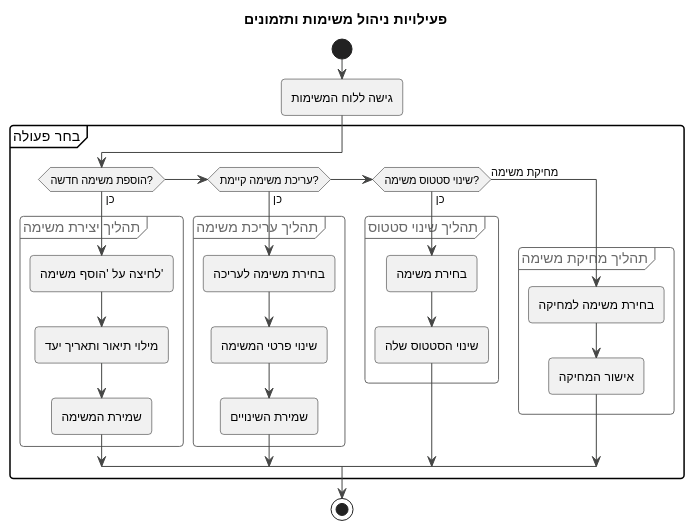
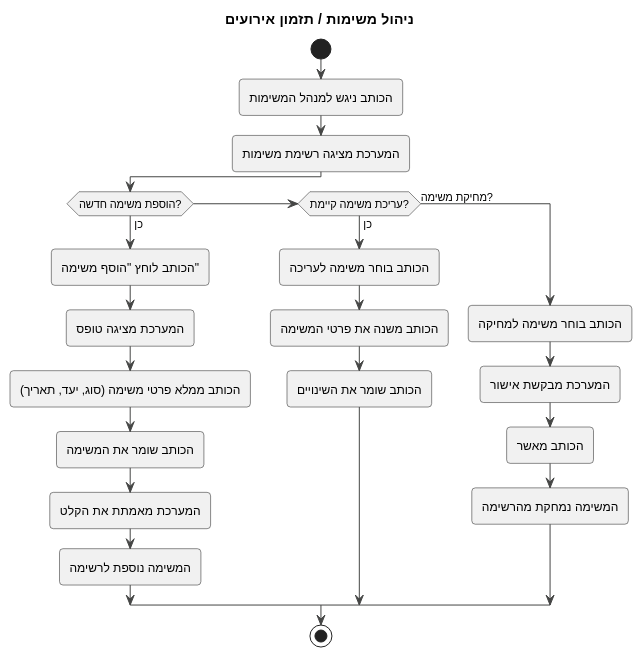
One commit to Arado3333/PageByPage_Israel_Arad changed the diagram in UML/Activity/Writer/WR-UC-05.puml. Above: the diagram before and after it, drawn with PlantUML. The commit also changed 9 other files, not shown here.

```diff
--- a/UML/Activity/Writer/WR-UC-05.puml
+++ b/UML/Activity/Writer/WR-UC-05.puml
@@ -1,40 +1,30 @@
 @startuml
 !theme vibrant
 
-title פעילויות ניהול משימות ותזמונים
+title "ניהול משימות / תזמון אירועים"
 
 start
-:גישה ללוח המשימות;
+:הכותב ניגש למנהל המשימות;
+:המערכת מציגה רשימת משימות;
 
-partition "בחר פעולה" {
-  if (הוספת משימה חדשה?) then (כן)
-    group "תהליך יצירת משימה"
-      :לחיצה על 'הוסף משימה';
-      :מילוי תיאור ותאריך יעד;
-      :שמירת המשימה;
-    end group
-
-  else if (עריכת משימה קיימת?) then (כן)
-    group "תהליך עריכת משימה"
-      :בחירת משימה לעריכה;
-      :שינוי פרטי המשימה;
-      :שמירת השינויים;
-    end group
-
-  else if (שינוי סטטוס משימה?) then (כן)
-    group "תהליך שינוי סטטוס"
-      :בחירת משימה;
-      :שינוי הסטטוס שלה;
-    end group
-    
-  else (מחיקת משימה)
-    group "תהליך מחיקת משימה"
-      :בחירת משימה למחיקה;
-      :אישור המחיקה;
-    end group
-  endif
-}
+if (הוספת משימה חדשה?) then (כן)
+    :הכותב לוחץ "הוסף משימה";
+    :המערכת מציגה טופס;
+    :הכותב ממלא פרטי משימה (סוג, יעד, תאריך);
+    :הכותב שומר את המשימה;
+    :המערכת מאמתת את הקלט;
+    :המשימה נוספת לרשימה;
+else if (עריכת משימה קיימת?) then (כן)
+    :הכותב בוחר משימה לעריכה;
+    :הכותב משנה את פרטי המשימה;
+    :הכותב שומר את השינויים;
+else (מחיקת משימה?)
+    :הכותב בוחר משימה למחיקה;
+    :המערכת מבקשת אישור;
+    :הכותב מאשר;
+    :המשימה נמחקת מהרשימה;
+endif
 
 stop
 
 @enduml
```
